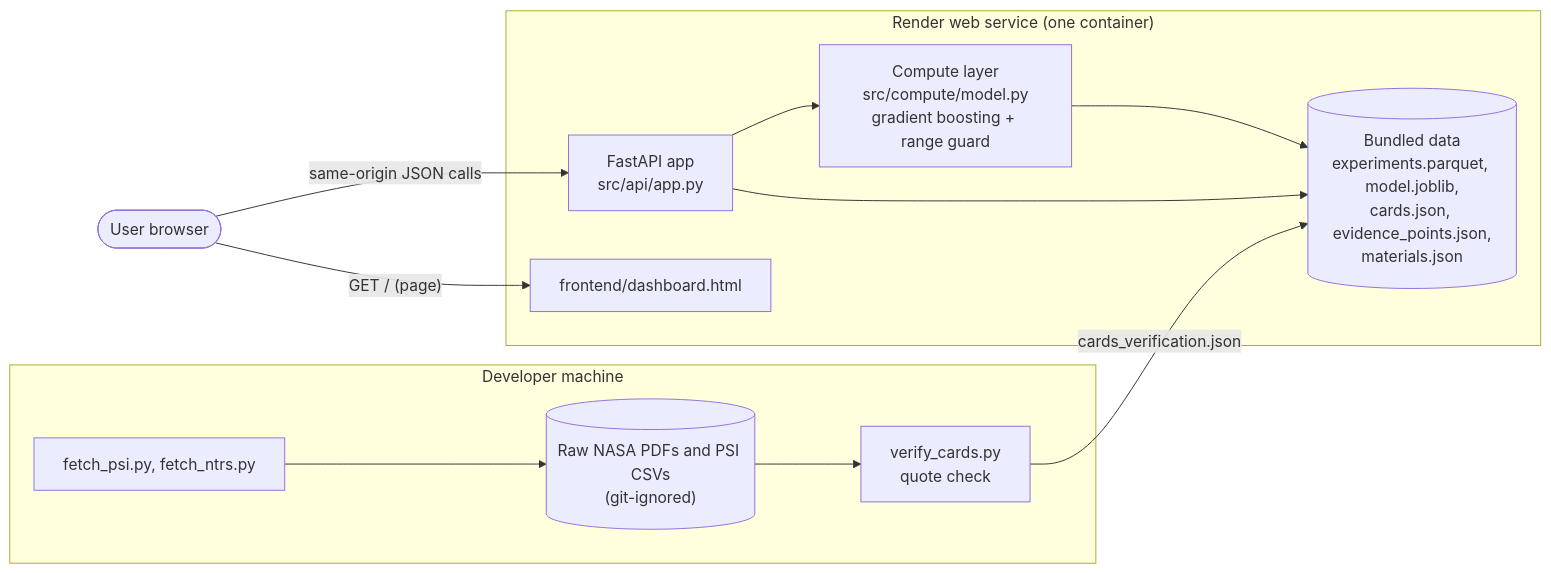
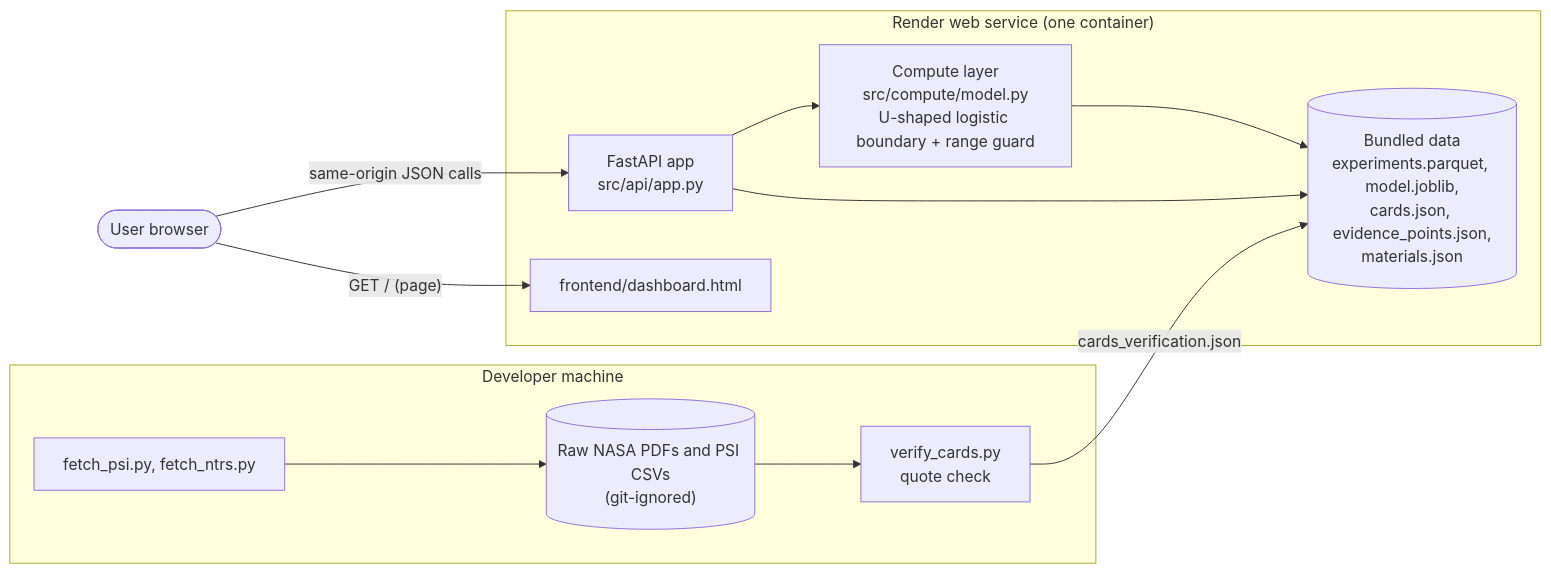
The first of 13 diagrams in docs/03-SDD.md (MahmudulHasanJoy/FlameAtlas), drawn with Mermaid before and after one commit. The commit also changed 22 other files, not shown here.

First line of the commit message:
Replace the boundary model with a U-shaped logistic fit on measured tests

````diff
--- a/docs/03-SDD.md
+++ b/docs/03-SDD.md
@@ -22,20 +22,20 @@
 ```mermaid
 flowchart LR
     browser(["User browser"])
     subgraph render["Render web service (one container)"]
         api["FastAPI app<br/>src/api/app.py"]
-        model["Compute layer<br/>src/compute/model.py<br/>gradient boosting + range guard"]
+        model["Compute layer<br/>src/compute/model.py<br/>U-shaped logistic boundary + range guard"]
         page["frontend/dashboard.html"]
         files[("Bundled data<br/>experiments.parquet, model.joblib,<br/>cards.json, evidence_points.json,<br/>materials.json")]
     end
     subgraph dev["Developer machine"]
         fetch["fetch_psi.py, fetch_ntrs.py"]
         raw[("Raw NASA PDFs and PSI CSVs<br/>(git-ignored)")]
         verify["verify_cards.py<br/>quote check"]
     end
     browser -->|"GET / (page)"| page
     browser -->|"same-origin JSON calls"| api
     api --> model --> files
     api --> files
     fetch --> raw --> verify -->|cards_verification.json| files
 ```
````
